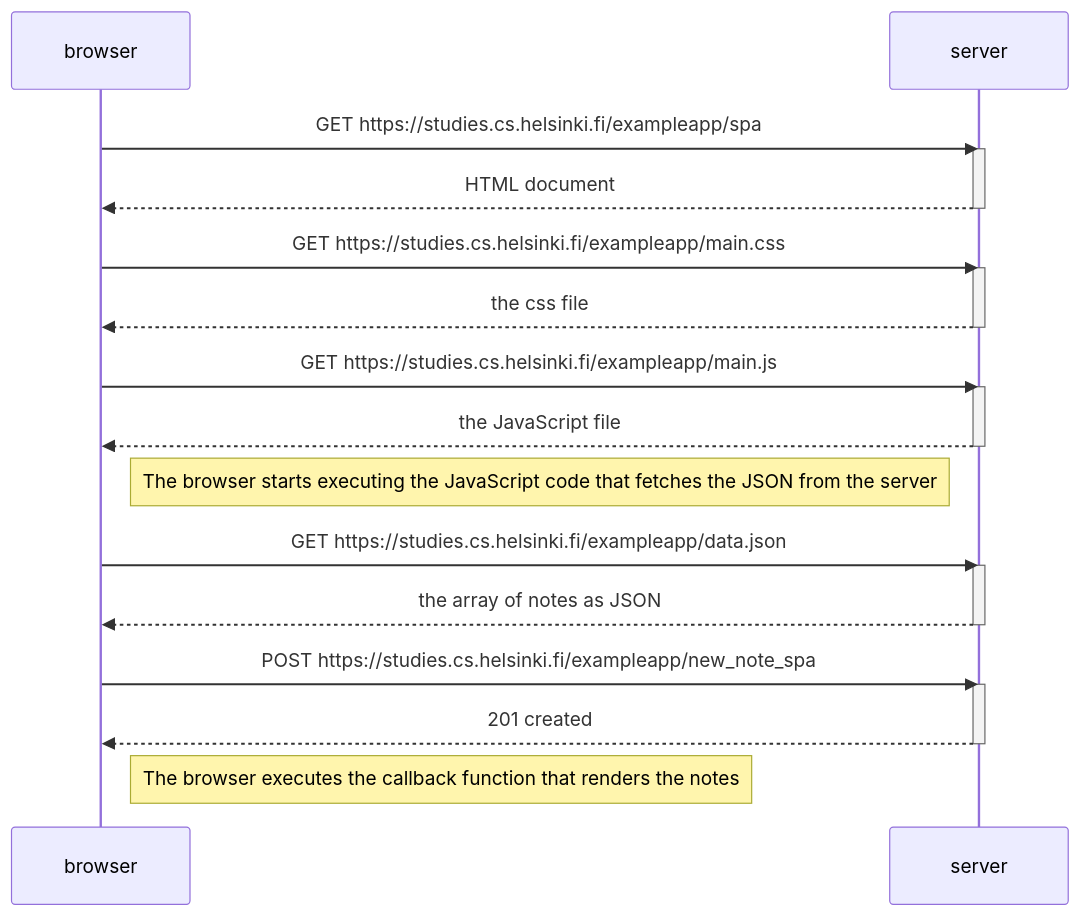
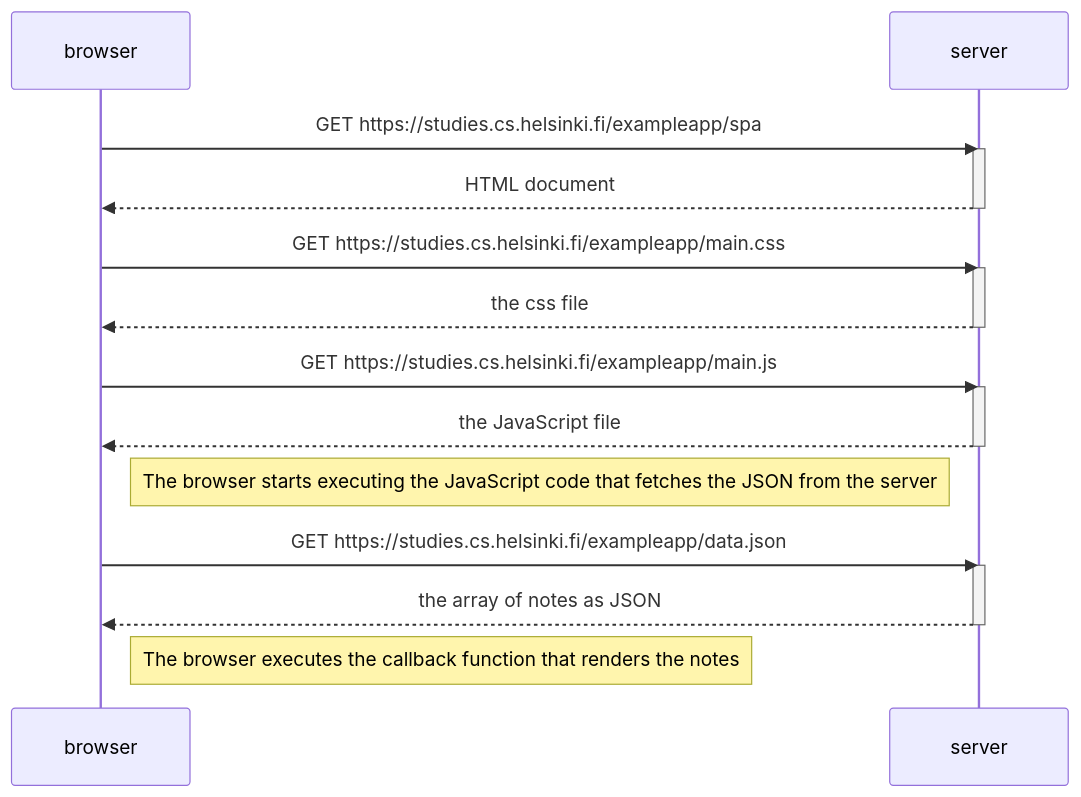
The diagram in part0/0.5_spa.md (deadlight121/fullstackopen), drawn with Mermaid before and after one commit.

Commit message:
Refactor sequence diagram for clarity
mixed up 0.5 and 0.6 exercises

````diff
--- a/part0/0.5_spa.md
+++ b/part0/0.5_spa.md
@@ -1,39 +2,31 @@
 ```mermaid
 sequenceDiagram
     participant browser
     participant server
 
 
     browser->>server: GET https://studies.cs.helsinki.fi/exampleapp/spa
     activate server
     server-->>browser: HTML document
     deactivate server
 
     browser->>server: GET https://studies.cs.helsinki.fi/exampleapp/main.css
     activate server
     server-->>browser: the css file
     deactivate server
 
     browser->>server: GET https://studies.cs.helsinki.fi/exampleapp/main.js
     activate server
     server-->>browser: the JavaScript file
     deactivate server
 
     Note right of browser: The browser starts executing the JavaScript code that fetches the JSON from the server
 
     browser->>server: GET https://studies.cs.helsinki.fi/exampleapp/data.json
     activate server
     server-->>browser: the array of notes as JSON
     deactivate server
 
-    browser->>server: POST https://studies.cs.helsinki.fi/exampleapp/new_note_spa
-    activate server
-    server-->>browser: 201 created
-    deactivate server
-
-    Note right of browser: The browser executes the callback function that renders the notes
-    
-
-    
+    Note right of browser: The browser executes the callback function that renders the notes 
 
 ```
````
